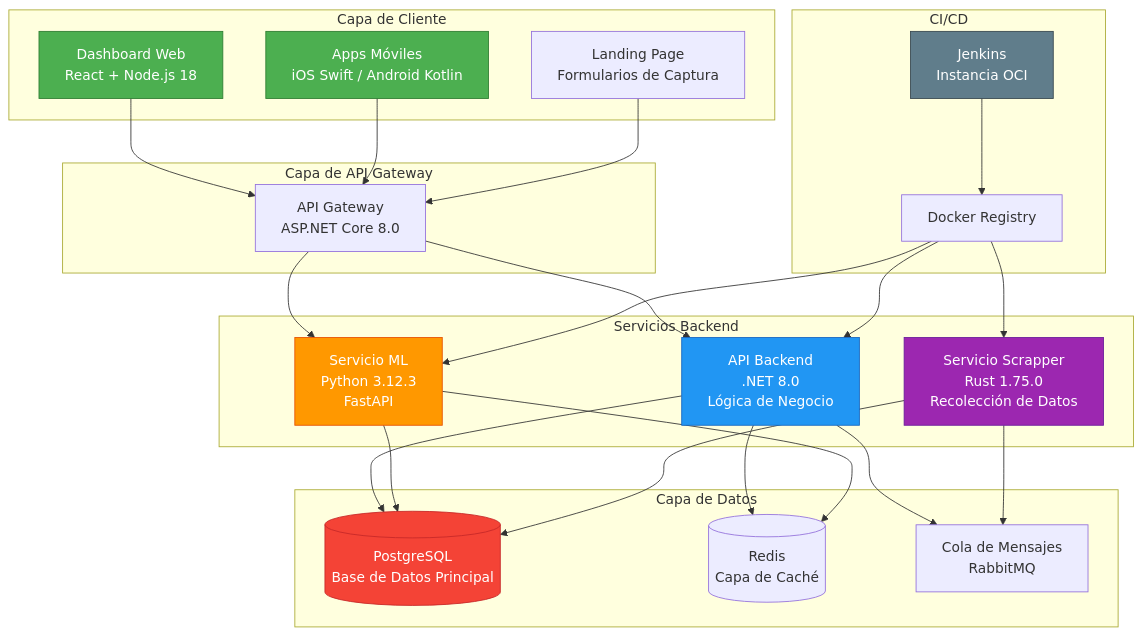
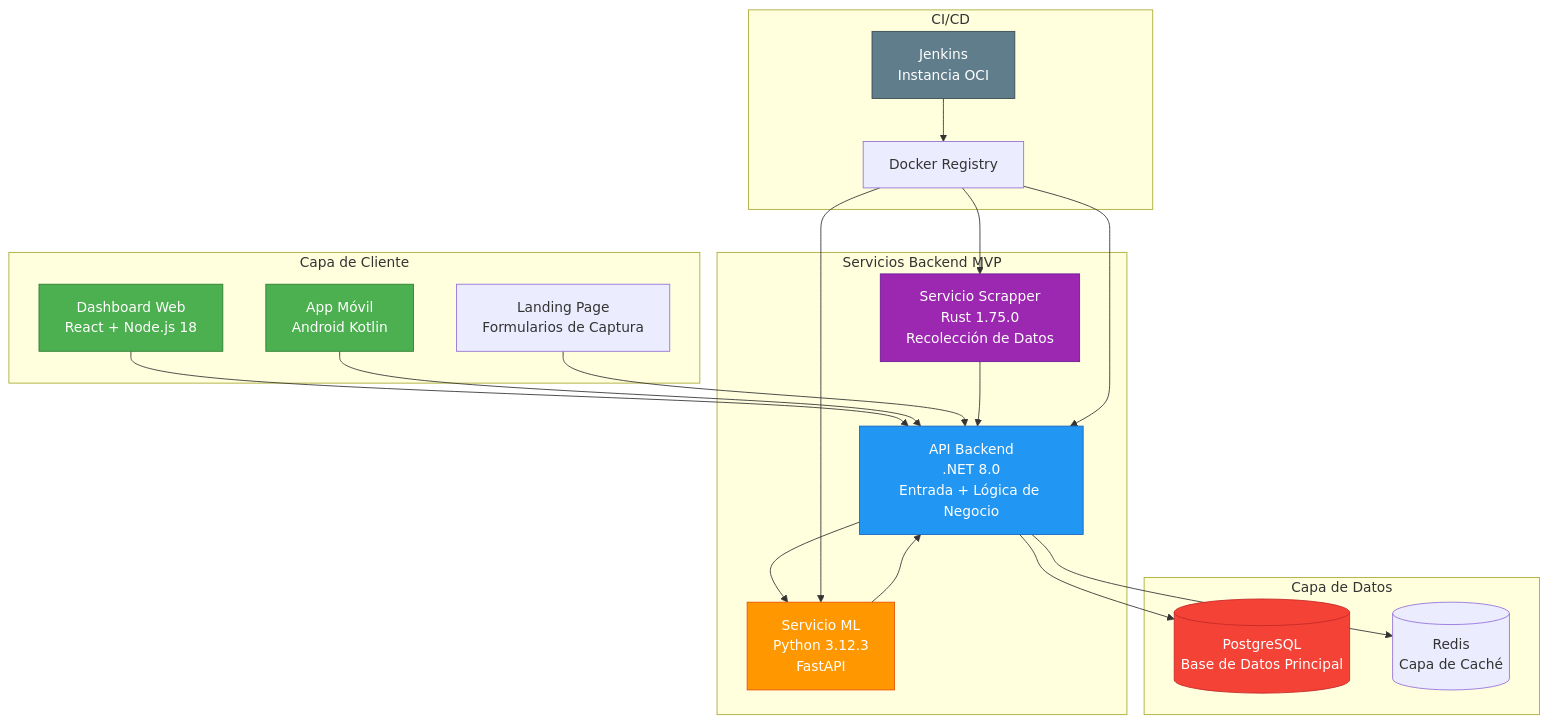
One commit to No-Country-simulation/S02-26-Equipo-48--EquineLead changed the first of 3 diagrams in README.md. Above: the diagram before and after it, drawn with Mermaid. The commit also changed other lines of this file and 83 other files, not shown here.

Commit message:
merge: sync dev → feature/backend-api (ci-cd, data-science, infra, docs)

````diff
--- a/README.md
+++ b/README.md
@@ -51,59 +50,49 @@
 ```mermaid
 graph TB
     subgraph "Capa de Cliente"
         WEB[Dashboard Web<br/>React + Node.js 18]
-        MOBILE[Apps Móviles<br/>iOS Swift / Android Kotlin]
+        MOBILE[App Móvil<br/>Android Kotlin]
         LANDING[Landing Page<br/>Formularios de Captura]
     end
-    
-    subgraph "Capa de API Gateway"
-        GATEWAY[API Gateway<br/>ASP.NET Core 8.0]
-    end
-    
-    subgraph "Servicios Backend"
-        BACKEND[API Backend<br/>.NET 8.0<br/>Lógica de Negocio]
+
+    subgraph "Servicios Backend MVP"
+        BACKEND[API Backend<br/>.NET 8.0<br/>Entrada + Lógica de Negocio]
         ML[Servicio ML<br/>Python 3.12.3<br/>FastAPI]
         SCRAPPER[Servicio Scrapper<br/>Rust 1.75.0<br/>Recolección de Datos]
     end
-    
+
     subgraph "Capa de Datos"
         DB[(PostgreSQL<br/>Base de Datos Principal)]
         CACHE[(Redis<br/>Capa de Caché)]
-        QUEUE[Cola de Mensajes<br/>RabbitMQ]
     end
-    
+
     subgraph "CI/CD"
         JENKINS[Jenkins<br/>Instancia OCI]
         DOCKER[Docker Registry]
     end
-    
-    WEB --> GATEWAY
-    MOBILE --> GATEWAY
-    LANDING --> GATEWAY
-    
-    GATEWAY --> BACKEND
-    GATEWAY --> ML
-    
+
+    WEB --> BACKEND
+    MOBILE --> BACKEND
+    LANDING --> BACKEND
+
+    SCRAPPER --> BACKEND
+
+    BACKEND --> ML
+    ML --> BACKEND
+
     BACKEND --> DB
     BACKEND --> CACHE
-    BACKEND --> QUEUE
-    
-    ML --> DB
-    ML --> CACHE
-    
-    SCRAPPER --> QUEUE
-    SCRAPPER --> DB
-    
+
     JENKINS --> DOCKER
     DOCKER --> BACKEND
     DOCKER --> ML
     DOCKER --> SCRAPPER
-    
+
     style WEB fill:#4CAF50,stroke:#2E7D32,color:#fff
     style MOBILE fill:#4CAF50,stroke:#2E7D32,color:#fff
     style BACKEND fill:#2196F3,stroke:#1565C0,color:#fff
     style ML fill:#FF9800,stroke:#E65100,color:#fff
     style SCRAPPER fill:#9C27B0,stroke:#6A1B9A,color:#fff
     style DB fill:#F44336,stroke:#C62828,color:#fff
     style JENKINS fill:#607D8B,stroke:#37474F,color:#fff
 ```
````
